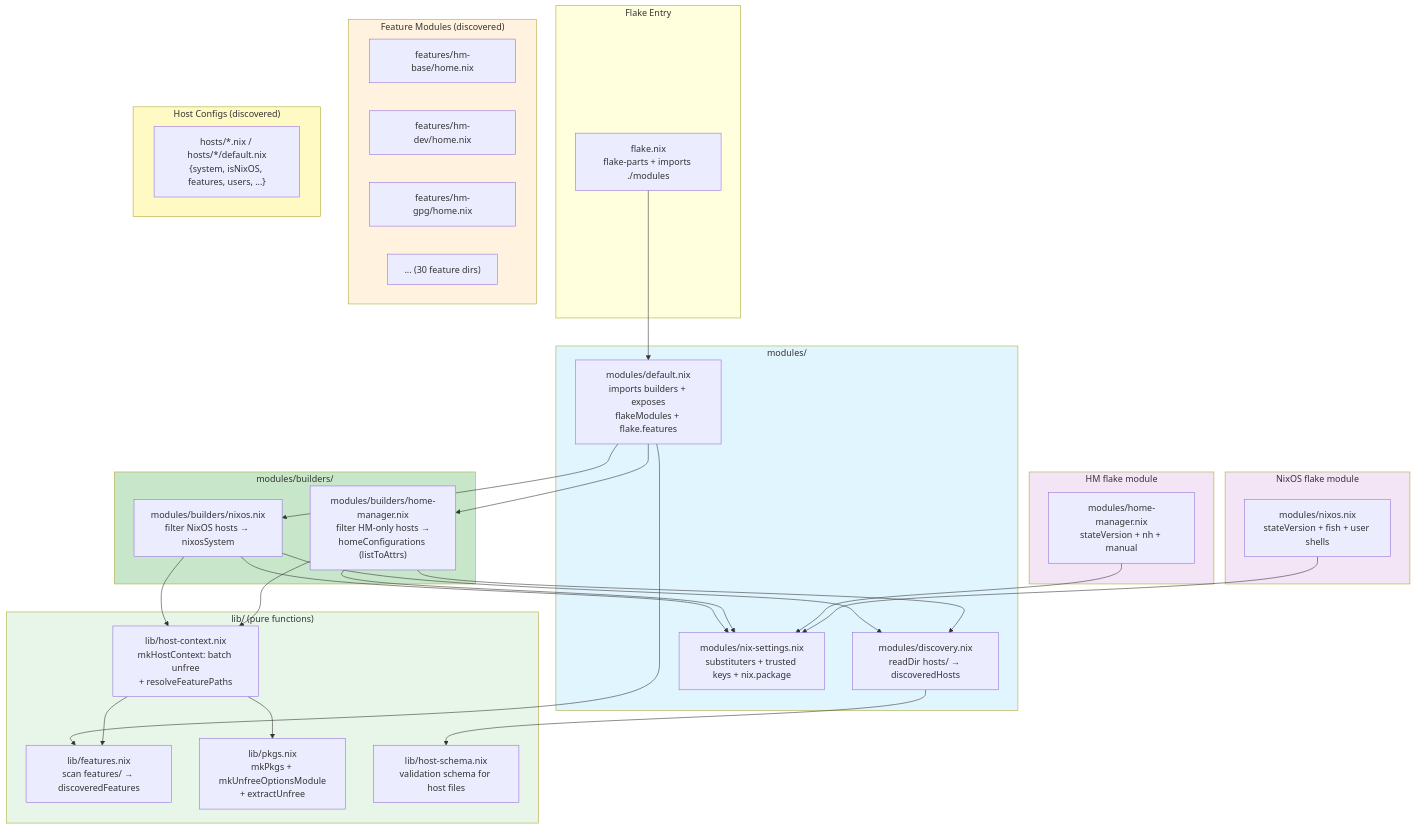
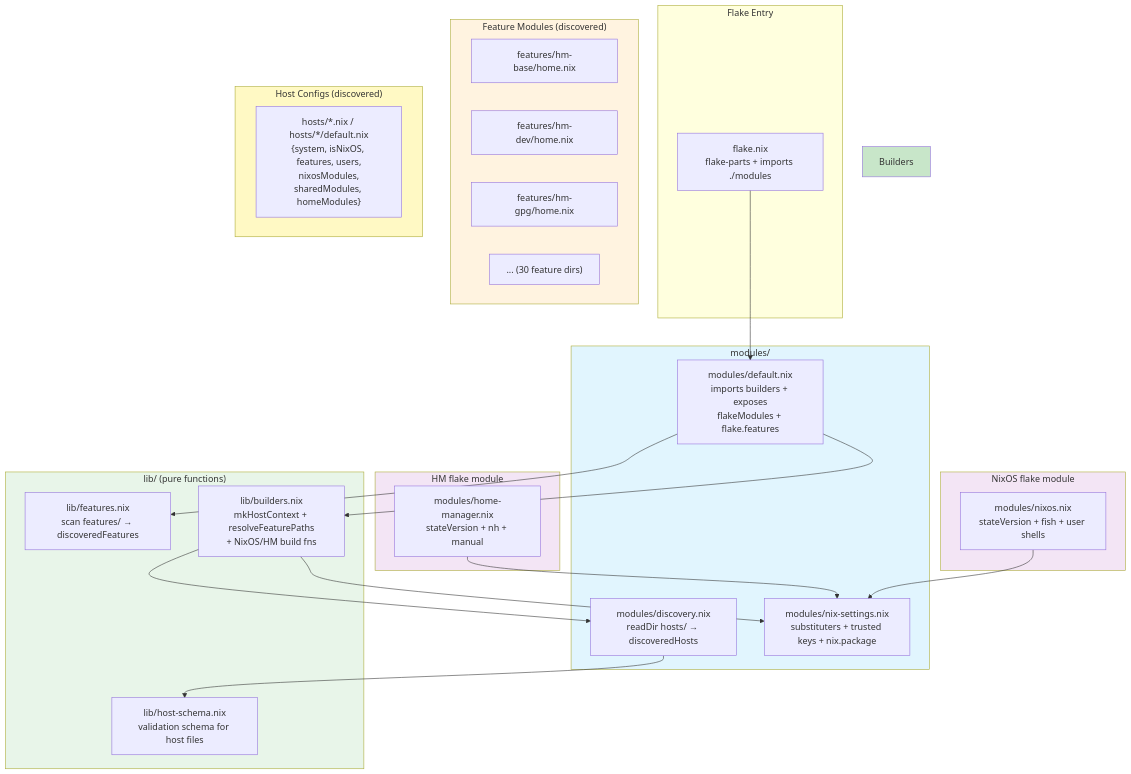
The first of 8 diagrams in DESIGN.md (WombatFromHell/automatic-palm-tree), drawn with Mermaid before and after one commit. The commit also changed other lines of this file and 12 other files, not shown here.

Commit message:
Significant streamlining of our lib/modules DSL support code

````diff
--- a/DESIGN.md
+++ b/DESIGN.md
@@ -42,73 +40,58 @@
 ```mermaid
 graph TB
     subgraph Entry ["Flake Entry"]
         flake["flake.nix\nflake-parts + imports ./modules"]
     end
 
     subgraph Mods ["modules/"]
         modsDefault["modules/default.nix\nimports builders + exposes\nflakeModules + flake.features"]
         disc["modules/discovery.nix\nreadDir hosts/ → discoveredHosts"]
         nixSettings["modules/nix-settings.nix\nsubstituters + trusted keys + nix.package"]
     end
 
     subgraph Lib ["lib/ (pure functions)"]
         feat["lib/features.nix\nscan features/ → discoveredFeatures"]
-        pkgs["lib/pkgs.nix\nmkPkgs + mkUnfreeOptionsModule\n+ extractUnfree"]
         schema["lib/host-schema.nix\nvalidation schema for host files"]
-        ctx["lib/host-context.nix\nmkHostContext: batch unfree\n+ resolveFeaturePaths"]
-    end
-
-    subgraph Builders ["modules/builders/"]
-        nixosB["modules/builders/nixos.nix\nfilter NixOS hosts → nixosSystem"]
-        hmB["modules/builders/home-manager.nix\nfilter HM-only hosts →\nhomeConfigurations (listToAttrs)"]
+        bld["lib/builders.nix\nmkHostContext + resolveFeaturePaths\n+ NixOS/HM build fns"]
     end
 
     subgraph HMMod ["HM flake module"]
         hmMod["modules/home-manager.nix\nstateVersion + nh + manual"]
     end
 
     subgraph NixOSMod ["NixOS flake module"]
         nixOSMod["modules/nixos.nix\nstateVersion + fish + user shells"]
     end
 
     subgraph Features ["Feature Modules (discovered)"]
         hmBase["features/hm-base/home.nix"]
         hmDev["features/hm-dev/home.nix"]
         hmGpg["features/hm-gpg/home.nix"]
         moreFeat["... (30 feature dirs)"]
     end
 
     subgraph Hosts ["Host Configs (discovered)"]
-        hostFiles["hosts/*.nix / hosts/*/default.nix\n{system, isNixOS, features, users, ...}"]
+        hostFiles["hosts/*.nix / hosts/*/default.nix\n{system, isNixOS, features, users,\n nixosModules, sharedModules, homeModules}"]
     end
 
     flake --> modsDefault
 
-    modsDefault --> nixosB
-    modsDefault --> hmB
+    modsDefault --> bld
     modsDefault --> feat
 
-    nixosB --> disc
-    nixosB --> ctx
-    nixosB --> nixSettings
-
-    hmB --> disc
-    hmB --> ctx
-    hmB --> nixSettings
-
-    ctx --> feat
-    ctx --> pkgs
+    bld --> disc
+    bld --> nixSettings
 
     disc --> schema
 
     hmMod --> nixSettings
     nixOSMod --> nixSettings
 
     style Mods fill:#e1f5fe
     style Lib fill:#e8f5e9
     style Builders fill:#c8e6c9
     style HMMod fill:#f3e5f5
     style NixOSMod fill:#f3e5f5
     style Features fill:#fff3e0
     style Hosts fill:#fff9c4
 ```
````
